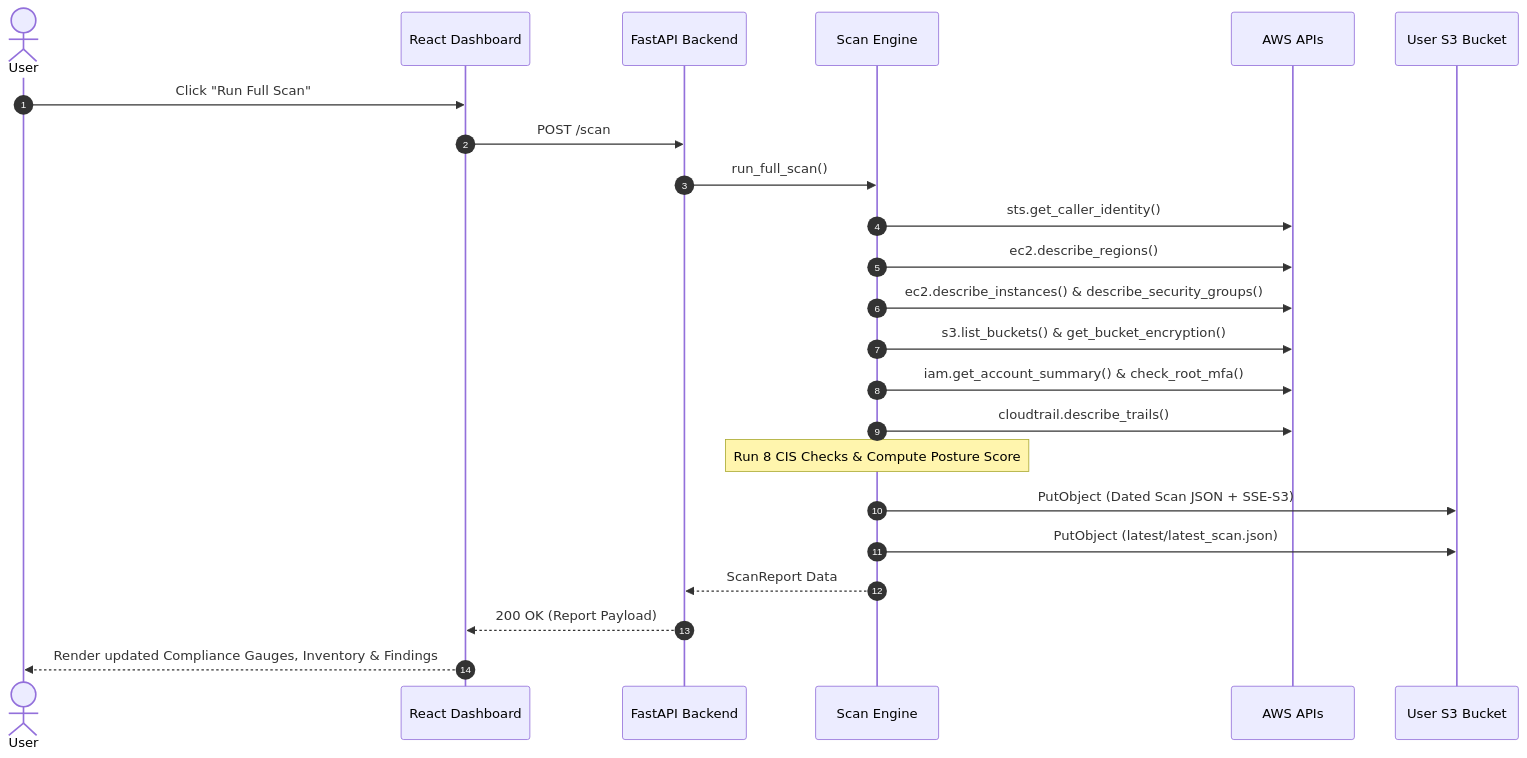
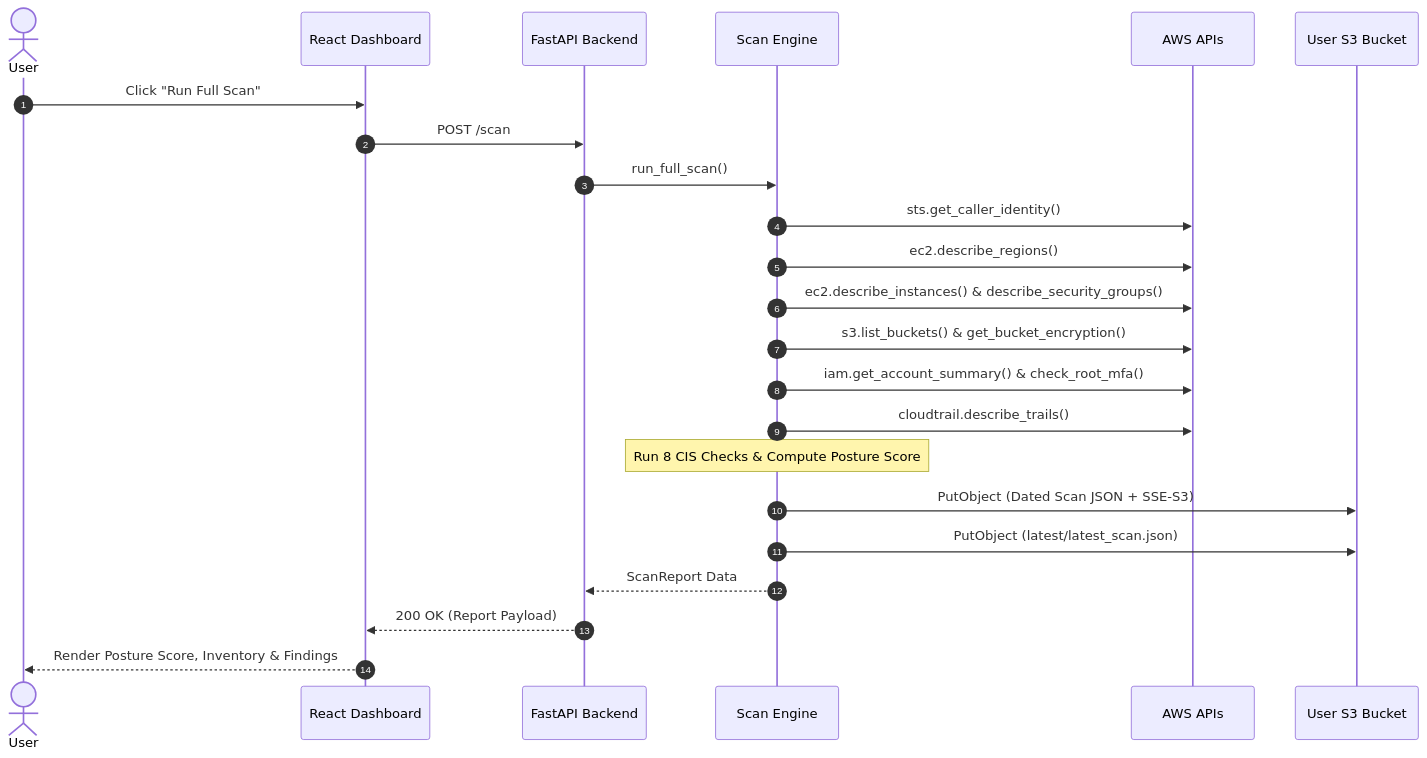
The second of 2 diagrams in README.md (IshaaYadav/CloudPosture), drawn with Mermaid before and after one commit. The commit also changed other lines of this file and 1 other file, not shown here.

````diff
--- a/README.md
+++ b/README.md
@@ -97,26 +101,26 @@
 ```mermaid
 sequenceDiagram
     autonumber
     actor User
     participant UI as React Dashboard
     participant API as FastAPI Backend
     participant Engine as Scan Engine
     participant AWS as AWS APIs
     participant S3 as User S3 Bucket
 
     User->>UI: Click "Run Full Scan"
     UI->>API: POST /scan
     API->>Engine: run_full_scan()
     Engine->>AWS: sts.get_caller_identity()
     Engine->>AWS: ec2.describe_regions()
     Engine->>AWS: ec2.describe_instances() & describe_security_groups()
     Engine->>AWS: s3.list_buckets() & get_bucket_encryption()
     Engine->>AWS: iam.get_account_summary() & check_root_mfa()
     Engine->>AWS: cloudtrail.describe_trails()
     Note over Engine: Run 8 CIS Checks & Compute Posture Score
     Engine->>S3: PutObject (Dated Scan JSON + SSE-S3)
     Engine->>S3: PutObject (latest/latest_scan.json)
     Engine-->>API: ScanReport Data
     API-->>UI: 200 OK (Report Payload)
-    UI-->>User: Render updated Compliance Gauges, Inventory & Findings
+    UI-->>User: Render Posture Score, Inventory & Findings
 ```
````
